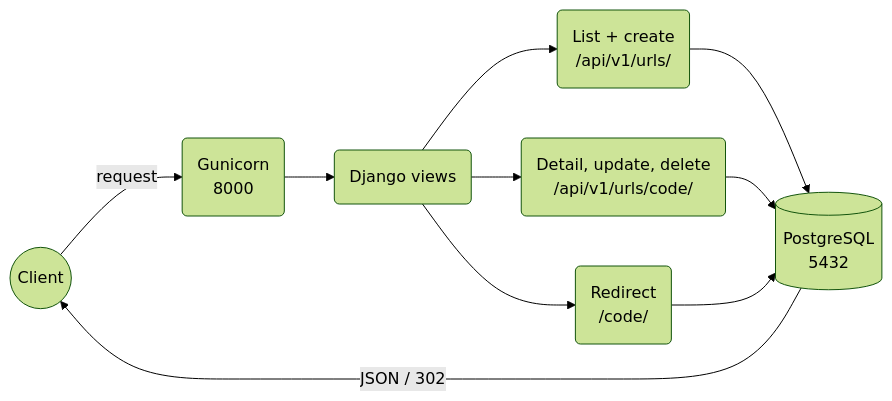
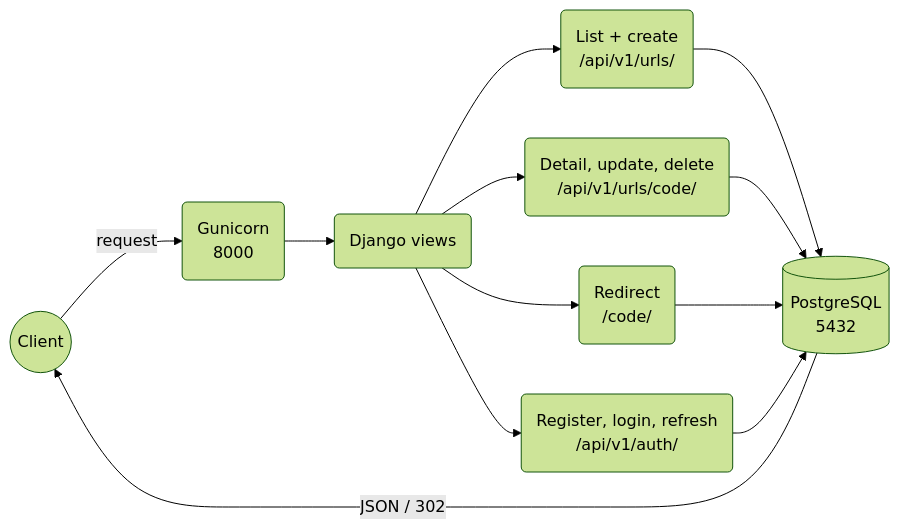
The diagram in DJANGO/url-shortener-microservice/README.md (Molyceo12/AmaliTech_Python_Backend_Labs), drawn with Mermaid (forest theme) before and after one commit. The commit also changed other lines of this file, not shown here.

Commit message:
Document auth endpoints in README

````diff
--- a/DJANGO/url-shortener-microservice/README.md
+++ b/DJANGO/url-shortener-microservice/README.md
@@ -13,15 +13,17 @@
 ```mermaid
 graph LR
     Client((Client)) -->|request| Gunicorn(Gunicorn<br/>8000)
     Gunicorn --> Views(Django views)
 
     Views --> A(List + create<br/>/api/v1/urls/)
     Views --> B(Detail, update, delete<br/>/api/v1/urls/code/)
     Views --> C(Redirect<br/>/code/)
+    Views --> D(Register, login, refresh<br/>/api/v1/auth/)
 
     A --> DB[(PostgreSQL<br/>5432)]
     B --> DB
     C --> DB
+    D --> DB
 
     DB -->|JSON / 302| Client
 ```
````
